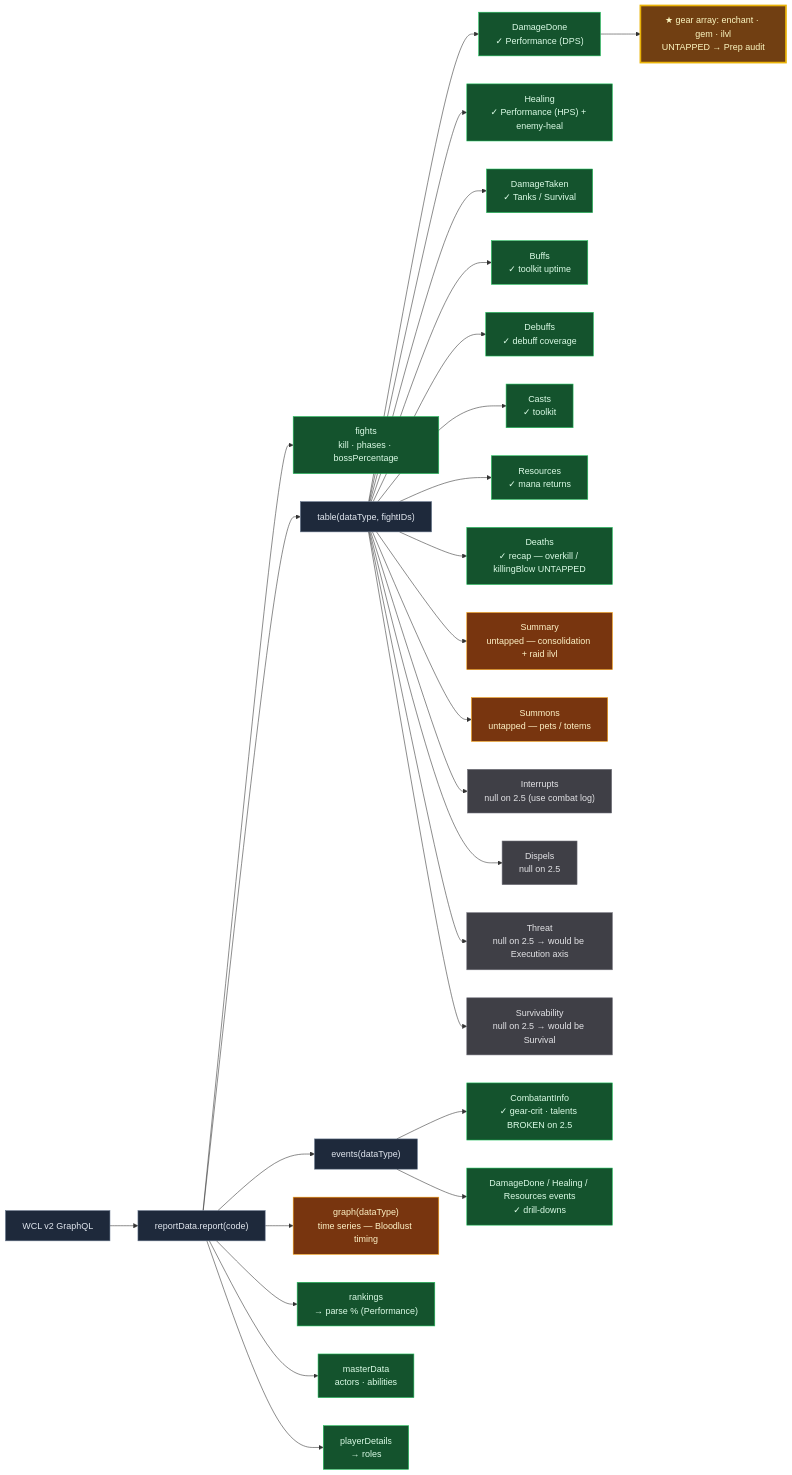
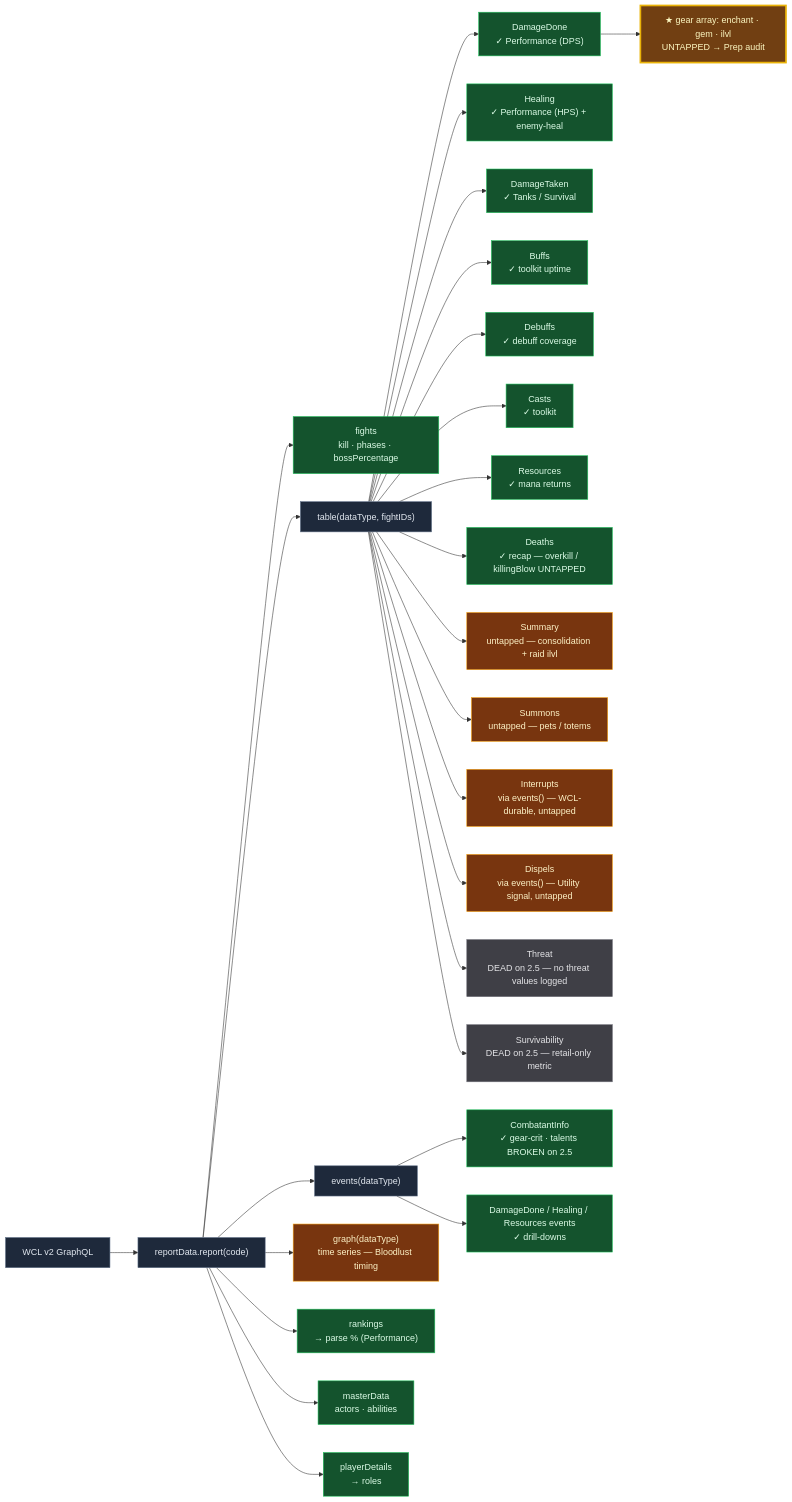
Before and after one commit to jketch/tbc-raid-kpi: the diagram in docs/WCL_API_SURFACE.md, drawn with Mermaid. The commit also changed other lines of this file and 2 other files, not shown here.

Commit message:
docs: SETUP.md operator guide; finalize WCL API-surface map
- SETUP.md: clone-ready operator checklist (WCL creds, git hooks, Netlify link,
  weekly run, officer view, per-instance gitignored state). Retires README.docx.
- .env.example: document the optional ANTHROPIC_API_KEY / PERF_SUMMARY_MODEL
  (officer AI summaries).
- WCL_API_SURFACE.md: recon complete — the Mermaid map now reflects that
  Interrupts + Dispels are recoverable via events() (untapped, not dead);
  only Threat / Survivability / talents are genuinely unavailable on 2.5.

````diff
--- a/docs/WCL_API_SURFACE.md
+++ b/docs/WCL_API_SURFACE.md
@@ -16,42 +17,42 @@
 ```mermaid
 graph LR
   API["WCL v2 GraphQL"] --> R["reportData.report(code)"]
   R --> F["fights<br/>kill · phases · bossPercentage"]
   R --> T["table(dataType, fightIDs)"]
   R --> E["events(dataType)"]
   R --> G["graph(dataType)<br/>time series — Bloodlust timing"]
   R --> RK["rankings<br/>→ parse % (Performance)"]
   R --> MD["masterData<br/>actors · abilities"]
   R --> PD["playerDetails<br/>→ roles"]
 
   T --> DD["DamageDone<br/>✓ Performance (DPS)"]
   DD --> GEAR["★ gear array: enchant · gem · ilvl<br/>UNTAPPED → Prep audit"]
   T --> HE["Healing<br/>✓ Performance (HPS) + enemy-heal"]
   T --> DT["DamageTaken<br/>✓ Tanks / Survival"]
   T --> BU["Buffs<br/>✓ toolkit uptime"]
   T --> DE["Debuffs<br/>✓ debuff coverage"]
   T --> CA["Casts<br/>✓ toolkit"]
   T --> RE["Resources<br/>✓ mana returns"]
   T --> DTH["Deaths<br/>✓ recap — overkill / killingBlow UNTAPPED"]
   T --> SU["Summary<br/>untapped — consolidation + raid ilvl"]
   T --> SM["Summons<br/>untapped — pets / totems"]
-  T --> IN["Interrupts<br/>null on 2.5 (use combat log)"]
-  T --> DI["Dispels<br/>null on 2.5"]
-  T --> TH["Threat<br/>null on 2.5 → would be Execution axis"]
-  T --> SV["Survivability<br/>null on 2.5 → would be Survival"]
+  T --> IN["Interrupts<br/>via events() — WCL-durable, untapped"]
+  T --> DI["Dispels<br/>via events() — Utility signal, untapped"]
+  T --> TH["Threat<br/>DEAD on 2.5 — no threat values logged"]
+  T --> SV["Survivability<br/>DEAD on 2.5 — retail-only metric"]
 
   E --> CI["CombatantInfo<br/>✓ gear-crit · talents BROKEN on 2.5"]
   E --> EV["DamageDone / Healing / Resources events<br/>✓ drill-downs"]
 
   classDef used fill:#14532d,stroke:#22c55e,color:#dcfce7;
   classDef untapped fill:#78350f,stroke:#f59e0b,color:#fef3c7;
   classDef dead fill:#3f3f46,stroke:#71717a,color:#e4e4e7;
   classDef star fill:#713f12,stroke:#eab308,color:#fef9c3,stroke-width:3px;
   classDef root fill:#1e293b,stroke:#64748b,color:#e2e8f0;
 
   class API,R,T,E root;
   class F,DD,HE,DT,BU,DE,CA,RE,DTH,RK,MD,PD,CI,EV used;
-  class SU,SM,G untapped;
-  class IN,DI,TH,SV dead;
+  class SU,SM,G,IN,DI untapped;
+  class TH,SV dead;
   class GEAR star;
 ```
````
